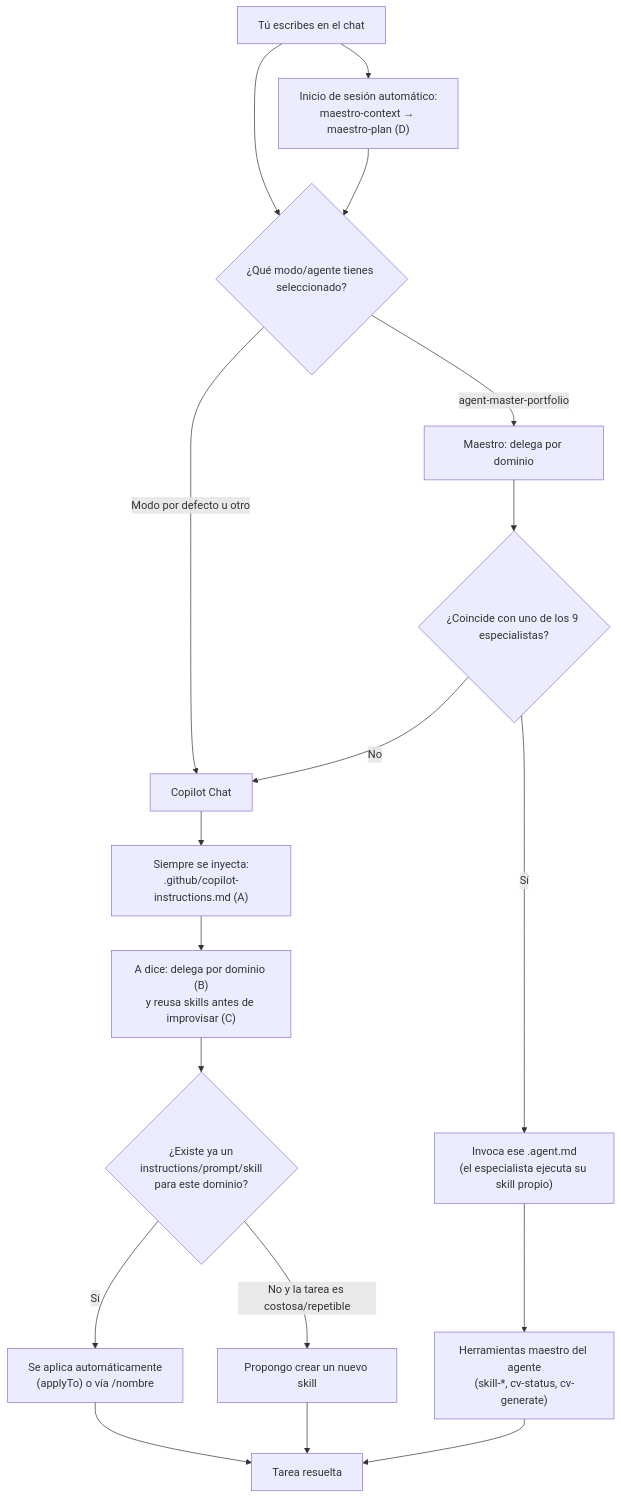
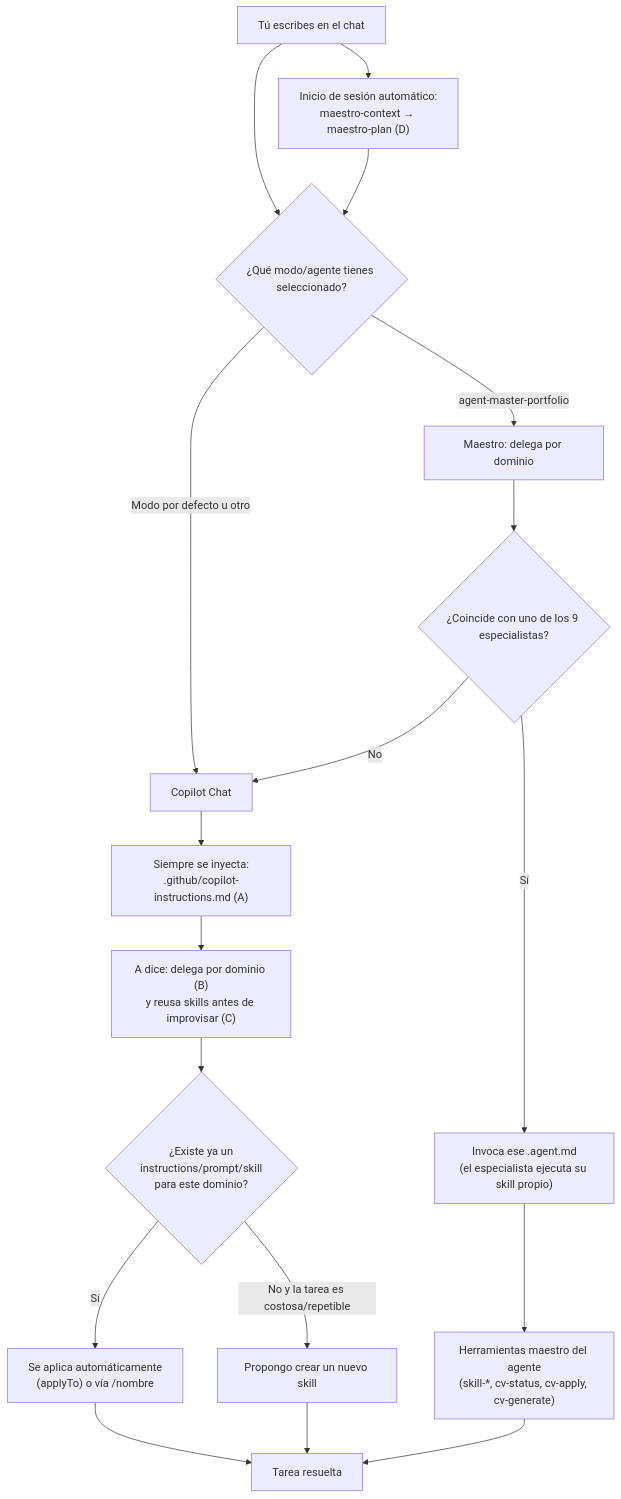
Before and after one commit to Harp-Andres/mi-portafolio: the diagram in docs/AGENT_SYSTEM_OVERVIEW.md, drawn with Mermaid. The commit also changed other lines of this file and 15 other files, not shown here.

First line of the commit message:
feat(agent): cv-apply MCP tool over the CV backend; docs and CI

````diff
--- a/docs/AGENT_SYSTEM_OVERVIEW.md
+++ b/docs/AGENT_SYSTEM_OVERVIEW.md
@@ -56,20 +56,20 @@
 ```mermaid
 flowchart TD
     U[Tú escribes en el chat] --> M{"¿Qué modo/agente tienes seleccionado?"}
     U --> CTX["Inicio de sesión automático:<br/>maestro-context → maestro-plan (D)"]
     CTX --> M
     M -->|"agent-master-portfolio"| ORQ["Maestro: delega por dominio"]
     M -->|Modo por defecto u otro| CI["Copilot Chat"]
     ORQ --> SUB{"¿Coincide con uno de los 9 especialistas?"}
     SUB -->|Sí| INVOKE["Invoca ese .agent.md<br/>(el especialista ejecuta su skill propio)"]
     SUB -->|No| CI
     CI --> INS["Siempre se inyecta:<br/>.github/copilot-instructions.md (A)"]
     INS --> DELEG["A dice: delega por dominio (B)<br/>y reusa skills antes de improvisar (C)"]
     DELEG --> E1{"¿Existe ya un<br/>instructions/prompt/skill<br/>para este dominio?"}
     E1 -->|Sí| APPLY["Se aplica automáticamente<br/>(applyTo) o vía /nombre"]
     E1 -->|No y la tarea es costosa/repetible| CREATE["Propongo crear un nuevo skill"]
     APPLY --> DONE[Tarea resuelta]
     CREATE --> DONE
-    INVOKE --> MCP["Herramientas maestro del agente<br/>(skill-*, cv-status, cv-generate)"]
+    INVOKE --> MCP["Herramientas maestro del agente<br/>(skill-*, cv-status, cv-apply, cv-generate)"]
     MCP --> DONE
 ```
````
